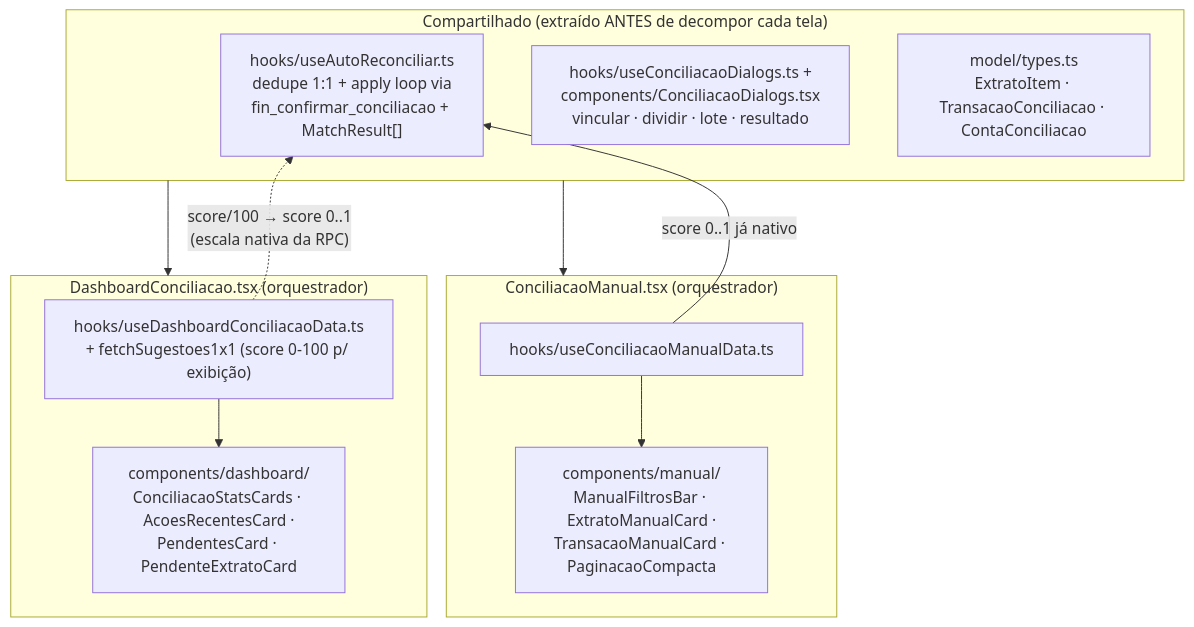
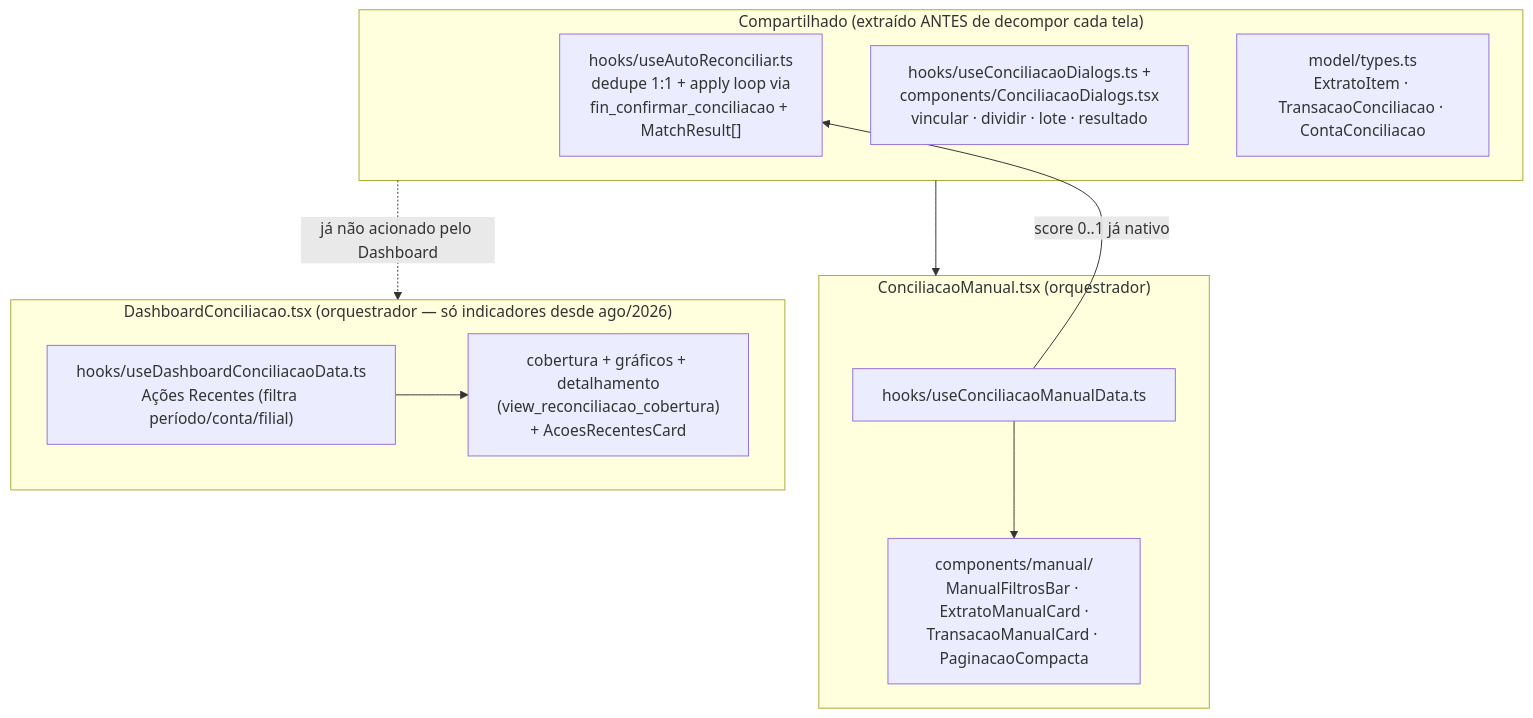
One commit to adrianoapc/igreja-carvalho changed the tenth of 42 diagrams in docs/diagramas/fluxo-financeiro.md. Above: the diagram before and after it, drawn with Mermaid. The commit also changed other lines of this file and 6 other files, not shown here.

First line of the commit message:
fix(financeiro): fecha review da PR #111 — filtros do Dashboard nas Ações Recentes

````diff
--- a/docs/diagramas/fluxo-financeiro.md
+++ b/docs/diagramas/fluxo-financeiro.md
@@ -528,26 +528,25 @@
 ```mermaid
 flowchart TD
     subgraph SHARED["Compartilhado (extraído ANTES de decompor cada tela)"]
         AR["hooks/useAutoReconciliar.ts\ndedupe 1:1 + apply loop via\nfin_confirmar_conciliacao + MatchResult[]"]
         CD["hooks/useConciliacaoDialogs.ts +\ncomponents/ConciliacaoDialogs.tsx\nvincular · dividir · lote · resultado"]
         TY["model/types.ts\nExtratoItem · TransacaoConciliacao · ContaConciliacao"]
     end
 
     subgraph MANUAL["ConciliacaoManual.tsx (orquestrador)"]
         MD["hooks/useConciliacaoManualData.ts"]
         MF["components/manual/\nManualFiltrosBar · ExtratoManualCard ·\nTransacaoManualCard · PaginacaoCompacta"]
     end
 
-    subgraph DASH["DashboardConciliacao.tsx (orquestrador)"]
-        DD["hooks/useDashboardConciliacaoData.ts\n+ fetchSugestoes1x1 (score 0-100 p/ exibição)"]
-        DF["components/dashboard/\nConciliacaoStatsCards · AcoesRecentesCard ·\nPendentesCard · PendenteExtratoCard"]
+    subgraph DASH["DashboardConciliacao.tsx (orquestrador — só indicadores desde ago/2026)"]
+        DD["hooks/useDashboardConciliacaoData.ts\nAções Recentes (filtra período/conta/filial)"]
+        DF["cobertura + gráficos + detalhamento\n(view_reconciliacao_cobertura)\n+ AcoesRecentesCard"]
     end
 
     SHARED --> MANUAL
-    SHARED --> DASH
+    SHARED -.já não acionado pelo Dashboard.-> DASH
     MD --> MF
     DD --> DF
 
-    DD -."score/100 → score 0..1\n(escala nativa da RPC)".-> AR
     MD -->|"score 0..1 já nativo"| AR
 ```
````
